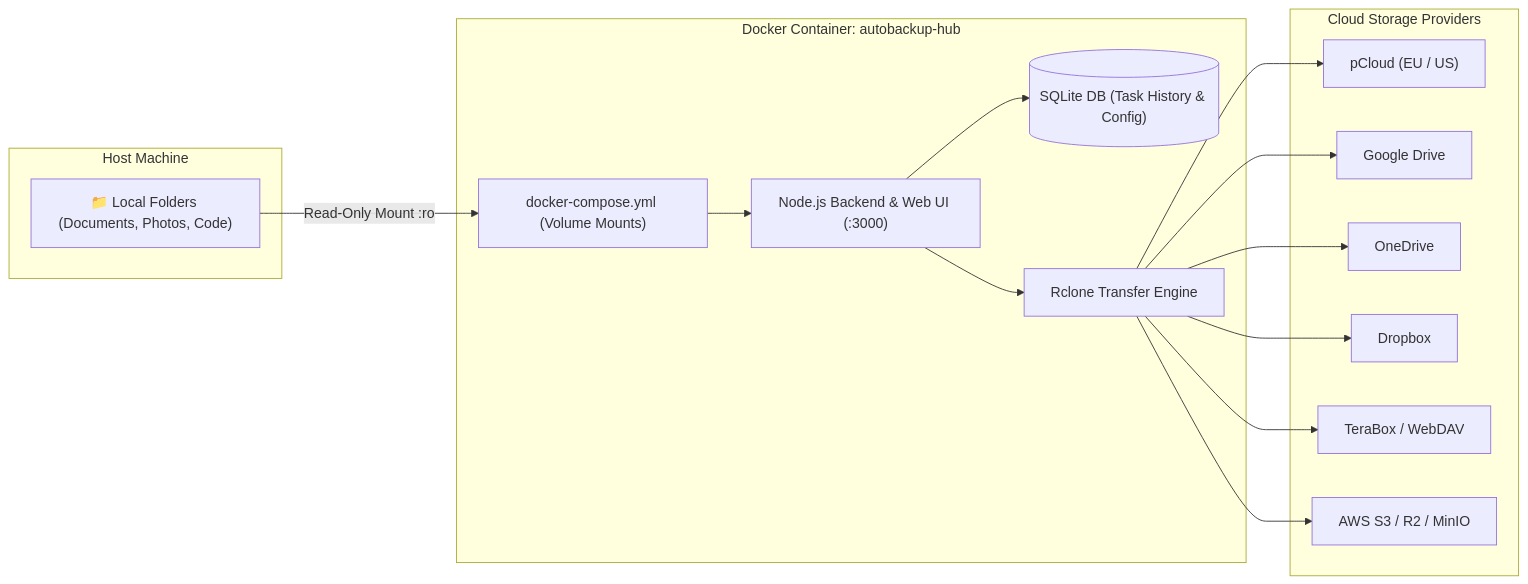
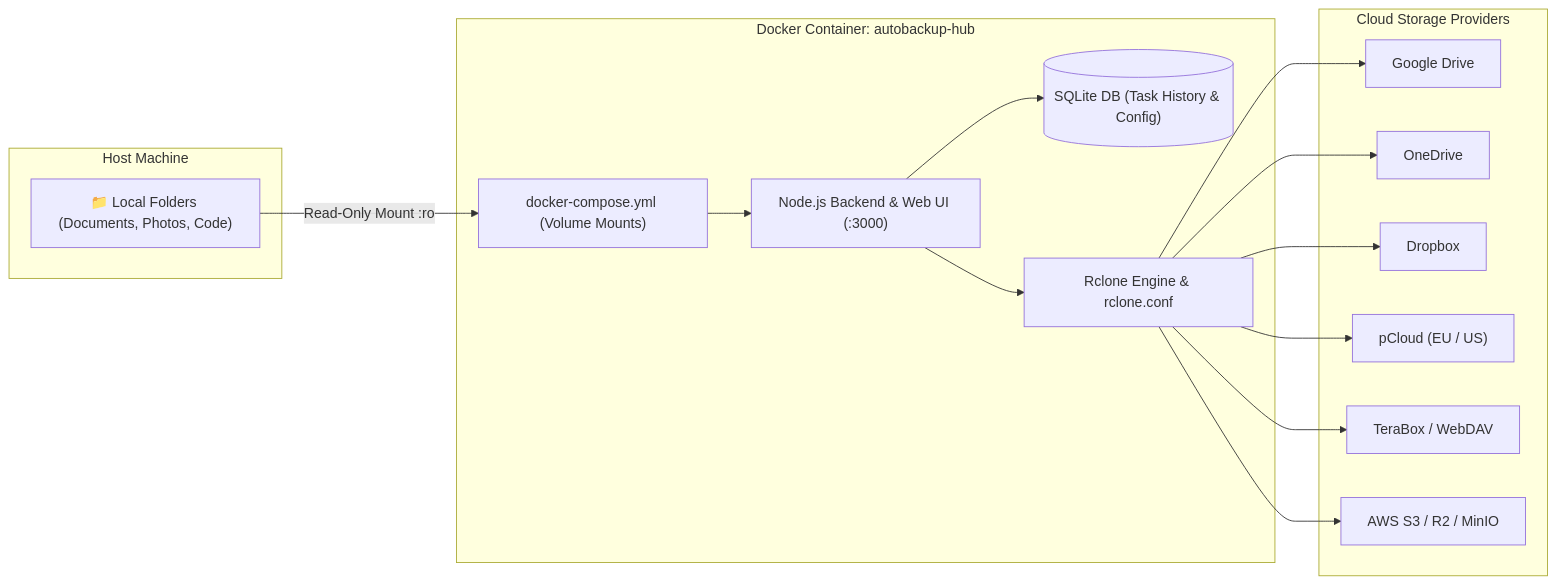
Before and after one commit to attacker2007/autobackup: the diagram in README.md, drawn with Mermaid. The commit also changed other lines of this file, not shown here.

Commit message:
docs: add comprehensive in-depth Rclone setup, CLI commands, and troubleshooting guide

````diff
--- a/README.md
+++ b/README.md
@@ -72,33 +80,33 @@
 ```mermaid
 graph LR
     subgraph Host Machine
         HostDirs["📁 Local Folders (Documents, Photos, Code)"]
     end
 
     subgraph Docker Container: autobackup-hub
         Compose["docker-compose.yml (Volume Mounts)"]
         Server["Node.js Backend & Web UI (:3000)"]
         SQLite[("SQLite DB (Task History & Config)")]
-        Rclone["Rclone Transfer Engine"]
+        Rclone["Rclone Engine & rclone.conf"]
     end
 
     subgraph Cloud Storage Providers
-        pCloud["pCloud (EU / US)"]
         GDrive["Google Drive"]
         OneDrive["OneDrive"]
         Dropbox["Dropbox"]
+        pCloud["pCloud (EU / US)"]
         WebDAV["TeraBox / WebDAV"]
         S3["AWS S3 / R2 / MinIO"]
     end
 
     HostDirs -->|Read-Only Mount :ro| Compose
     Compose --> Server
     Server --> SQLite
     Server --> Rclone
-    Rclone --> pCloud
     Rclone --> GDrive
     Rclone --> OneDrive
     Rclone --> Dropbox
+    Rclone --> pCloud
     Rclone --> WebDAV
     Rclone --> S3
 ```
````
